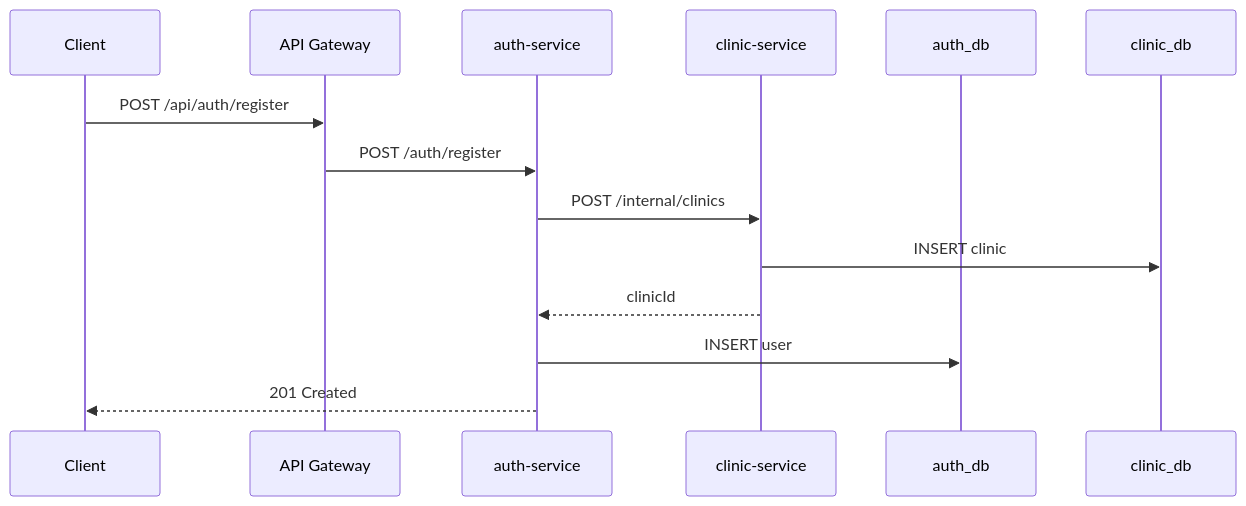
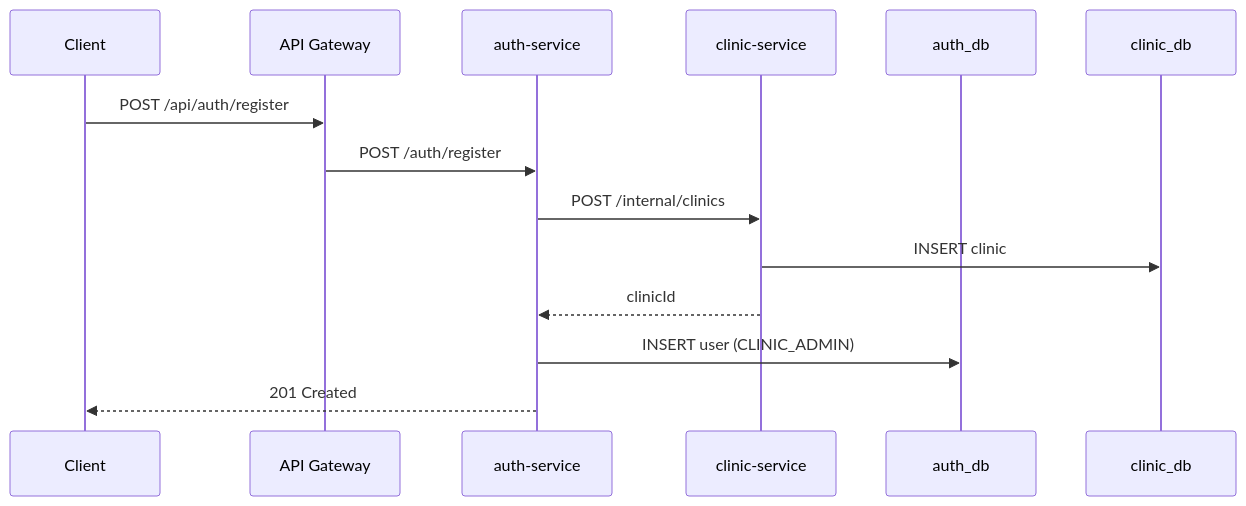
One commit to careflowhq/careflow-platform changed the second of 4 diagrams in docs/architecture/platform-diagram.md. Above: the diagram before and after it, drawn with Mermaid. The commit also changed other lines of this file and 8 other files, not shown here.

````diff
--- a/docs/architecture/platform-diagram.md
+++ b/docs/architecture/platform-diagram.md
@@ -27,17 +27,17 @@
 ```mermaid
 sequenceDiagram
     participant C as Client
     participant G as API Gateway
     participant A as auth-service
     participant CL as clinic-service
     participant DB1 as auth_db
     participant DB2 as clinic_db
 
     C->>G: POST /api/auth/register
     G->>A: POST /auth/register
     A->>CL: POST /internal/clinics
     CL->>DB2: INSERT clinic
     CL-->>A: clinicId
-    A->>DB1: INSERT user
+    A->>DB1: INSERT user (CLINIC_ADMIN)
     A-->>C: 201 Created
 ```
````
